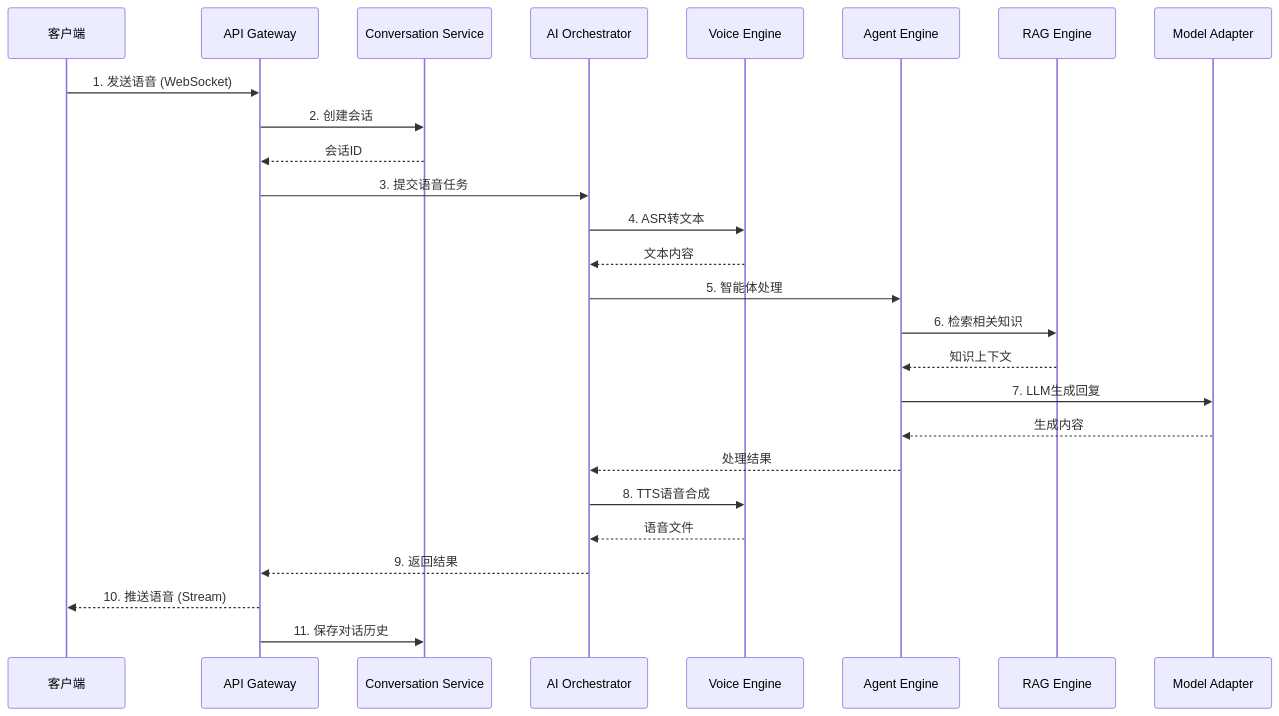
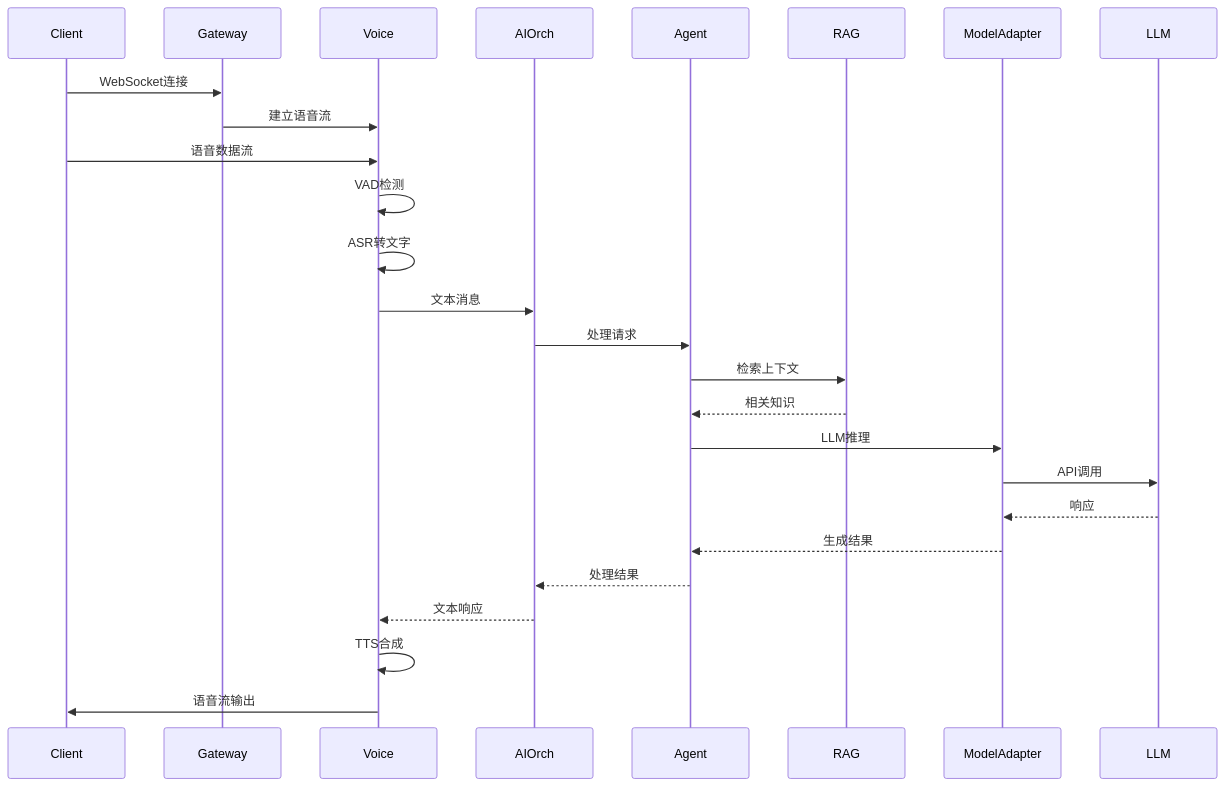
Before and after one commit to haoyunlt/VoiceAssistant: the second of 4 diagrams in docs/arch/overview.md, drawn with Mermaid. The commit also changed other lines of this file and 309 other files, not shown here.

````diff
--- a/docs/arch/overview.md
+++ b/docs/arch/overview.md
@@ -77,34 +125,35 @@
 ```mermaid
 sequenceDiagram
-    participant C as 客户端
-    participant G as API Gateway
-    participant Conv as Conversation Service
-    participant Orch as AI Orchestrator
-    participant Voice as Voice Engine
-    participant Agent as Agent Engine
-    participant RAG as RAG Engine
-    participant Model as Model Adapter
+    participant Client
+    participant Gateway
+    participant Voice
+    participant AIOrch
+    participant Agent
+    participant RAG
+    participant ModelAdapter
+    participant LLM
 
-    C->>G: 1. 发送语音 (WebSocket)
-    G->>Conv: 2. 创建会话
-    Conv-->>G: 会话ID
+    Client->>Gateway: WebSocket连接
+    Gateway->>Voice: 建立语音流
 
-    G->>Orch: 3. 提交语音任务
-    Orch->>Voice: 4. ASR转文本
-    Voice-->>Orch: 文本内容
+    Client->>Voice: 语音数据流
+    Voice->>Voice: VAD检测
+    Voice->>Voice: ASR转文字
 
-    Orch->>Agent: 5. 智能体处理
-    Agent->>RAG: 6. 检索相关知识
-    RAG-->>Agent: 知识上下文
+    Voice->>AIOrch: 文本消息
+    AIOrch->>Agent: 处理请求
 
-    Agent->>Model: 7. LLM生成回复
-    Model-->>Agent: 生成内容
-    Agent-->>Orch: 处理结果
+    Agent->>RAG: 检索上下文
+    RAG-->>Agent: 相关知识
 
-    Orch->>Voice: 8. TTS语音合成
-    Voice-->>Orch: 语音文件
-    Orch-->>G: 9. 返回结果
-    G-->>C: 10. 推送语音 (Stream)
+    Agent->>ModelAdapter: LLM推理
+    ModelAdapter->>LLM: API调用
+    LLM-->>ModelAdapter: 响应
+    ModelAdapter-->>Agent: 生成结果
 
-    G->>Conv: 11. 保存对话历史
+    Agent-->>AIOrch: 处理结果
+    AIOrch-->>Voice: 文本响应
+
+    Voice->>Voice: TTS合成
+    Voice->>Client: 语音流输出
 ```
````
